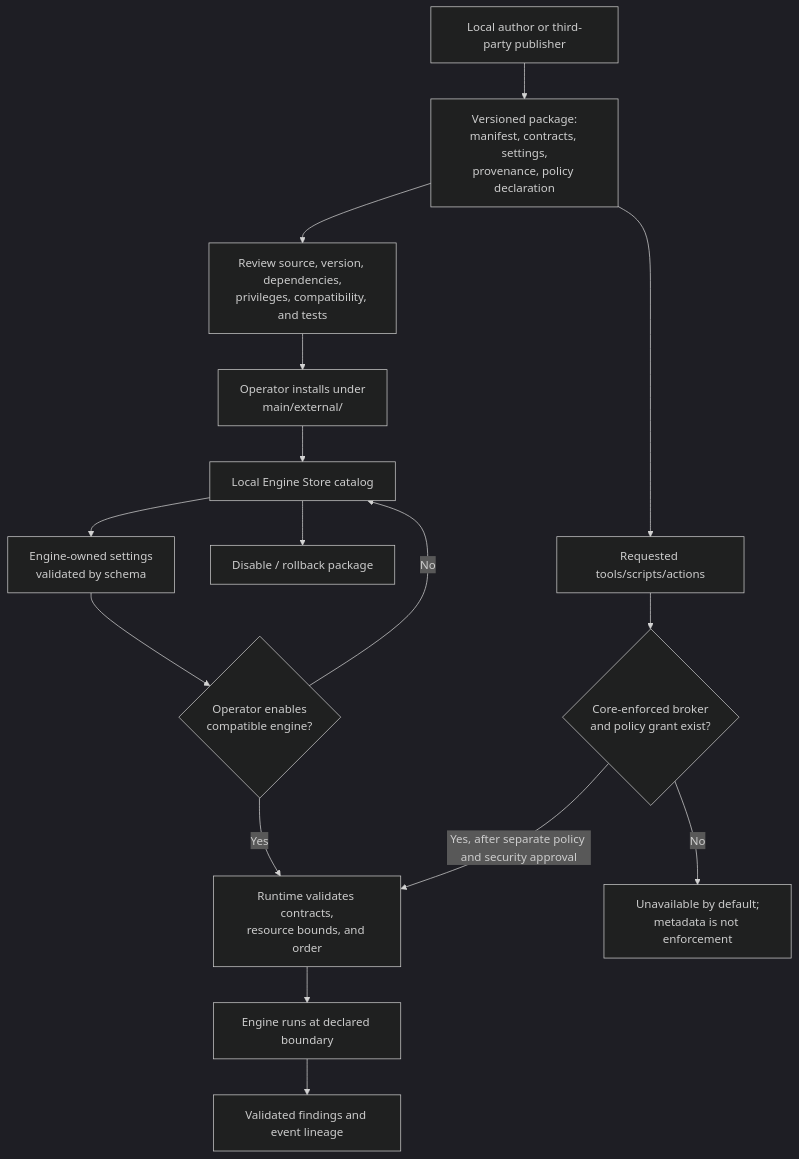
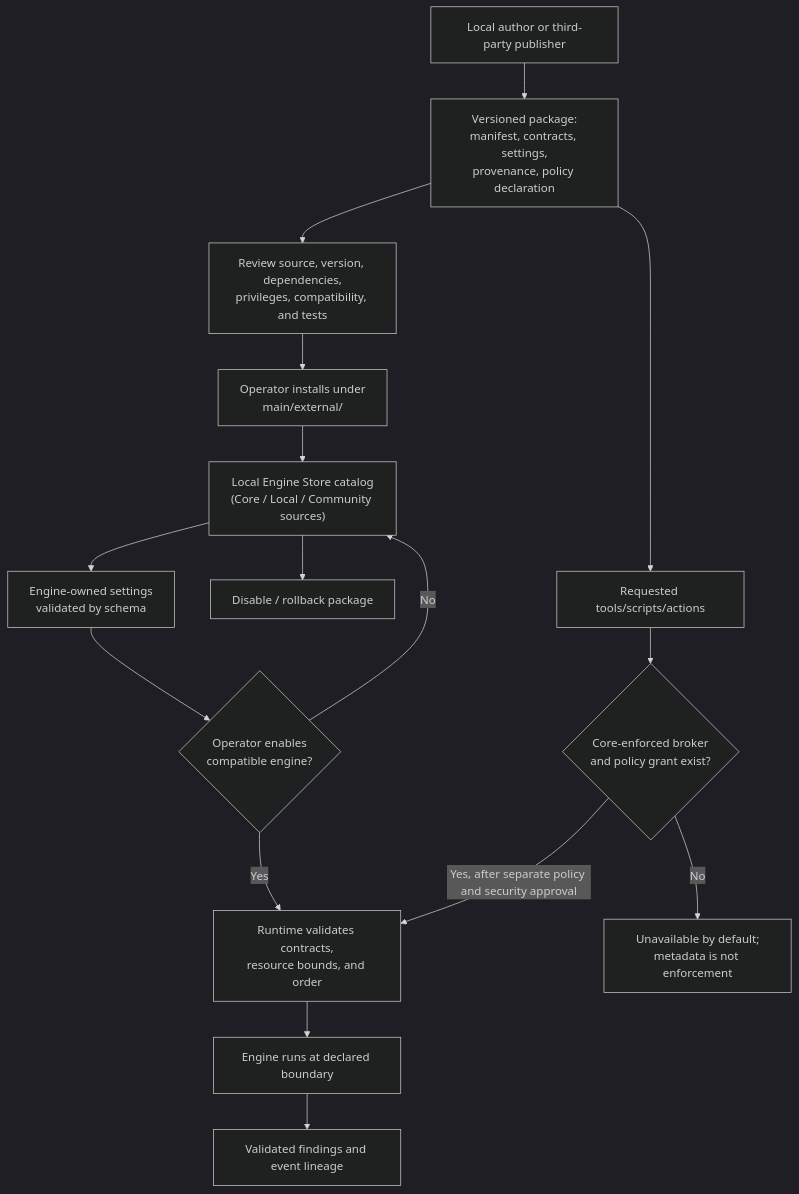
Before and after one commit to marblenet/PerceptronES: the diagram in DesignDocuments/diagrams/D-12-engine-store.md, drawn with Mermaid (dark theme). The commit also changed 44 other files, not shown here.

````diff
--- a/DesignDocuments/diagrams/D-12-engine-store.md
+++ b/DesignDocuments/diagrams/D-12-engine-store.md
@@ -5,26 +5,26 @@
 ```mermaid
 flowchart TD
     Author["Local author or third-party publisher"]
     Package["Versioned package:\nmanifest, contracts, settings,\nprovenance, policy declaration"]
     Review["Review source, version, dependencies,\nprivileges, compatibility, and tests"]
     Install["Operator installs under\nmain/external/<engine-name>"]
-    Catalog["Local Engine Store catalog"]
+    Catalog["Local Engine Store catalog\n(Core / Local / Community sources)"]
     Configure["Engine-owned settings\nvalidated by schema"]
     Select{"Operator enables\ncompatible engine?"}
     Runtime["Runtime validates contracts,\nresource bounds, and order"]
     Process["Engine runs at declared boundary"]
     Finding["Validated findings and event lineage"]
     Disable["Disable / rollback package"]
     Capability["Requested tools/scripts/actions"]
     Broker{"Core-enforced broker\nand policy grant exist?"}
     Denied["Unavailable by default;\nmetadata is not enforcement"]
 
     Author --> Package --> Review --> Install --> Catalog
     Catalog --> Configure --> Select
     Select -->|"Yes"| Runtime --> Process --> Finding
     Select -->|"No"| Catalog
     Catalog --> Disable
     Package --> Capability --> Broker
     Broker -->|"No"| Denied
     Broker -->|"Yes, after separate policy and security approval"| Runtime
 ```
````
